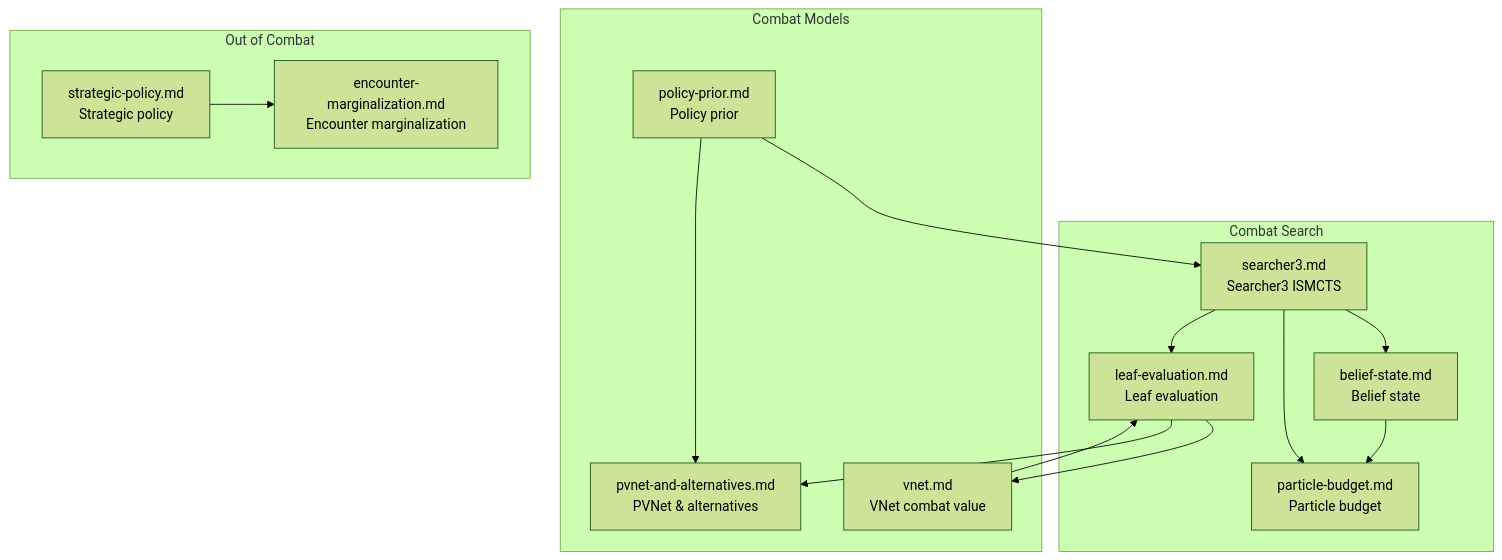
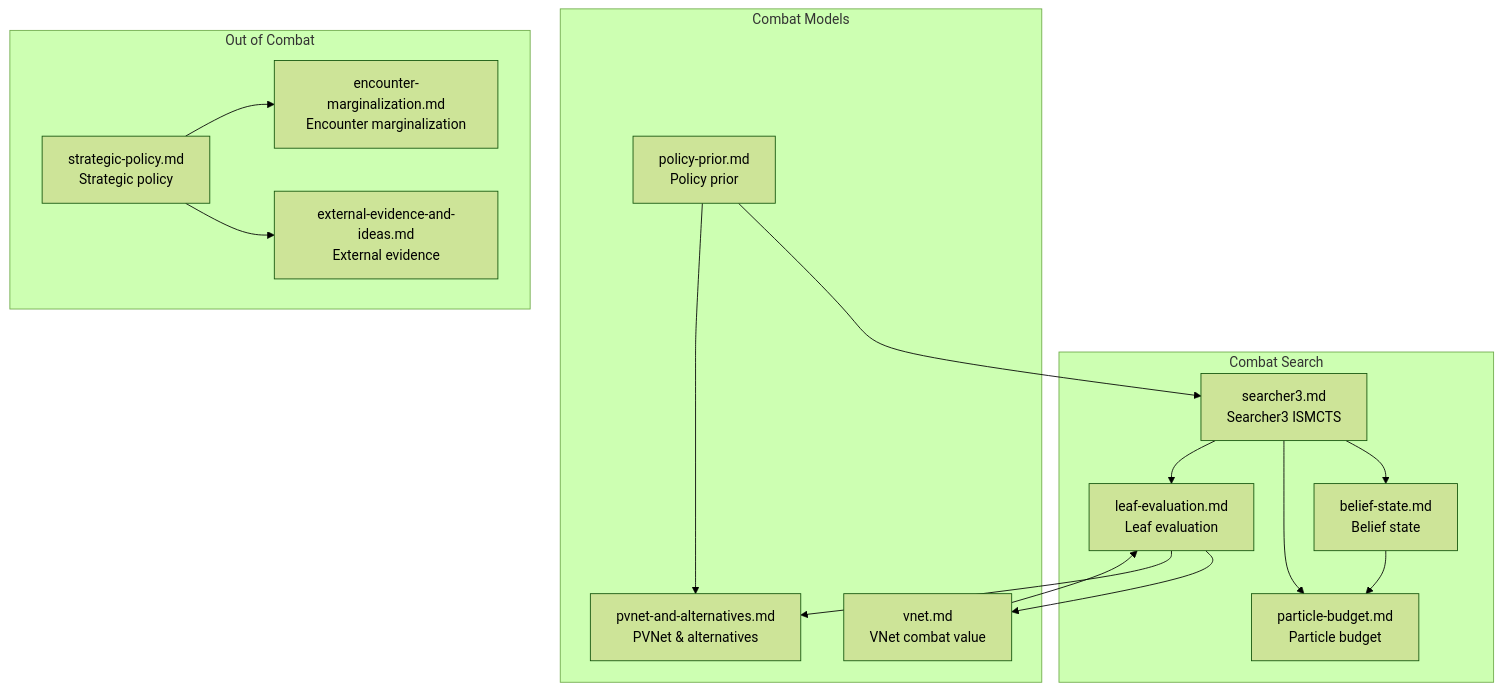
One commit to pherrman1/sts_ai changed the diagram in docs/knowledge-base/research/README.md. Above: the diagram before and after it, drawn with Mermaid (forest theme). The commit also changed other lines of this file and 2 other files, not shown here.

Commit message:
docs(kb): external evidence and ranked ideas for the A20 OOC plateau
Adds a research page with the 2026-10-26 web research: benchmark position
(heart1 18.6%, P300 known-RNG ~50%, experts 46-65%), per-act gap vs expert
play, why Q-led selection and outcome labels stall, and ten ranked,
falsifiable candidates with evidence status. Linked from the research index
and the strategic-policy page.

Knowledge impact: new maintained research page; no code or default change.

Claude-Session: https://claude.ai/code/session_016CbXFqL83SPTgN4idVJ3QA

````diff
--- a/docs/knowledge-base/research/README.md
+++ b/docs/knowledge-base/research/README.md
@@ -30,31 +30,33 @@
 ```mermaid
 graph TD
     subgraph "Combat Search"
         S3["searcher3.md<br/>Searcher3 ISMCTS"]
         BS["belief-state.md<br/>Belief state"]
         PB["particle-budget.md<br/>Particle budget"]
         LE["leaf-evaluation.md<br/>Leaf evaluation"]
     end
 
     subgraph "Combat Models"
         VN["vnet.md<br/>VNet combat value"]
         PP["policy-prior.md<br/>Policy prior"]
         PV["pvnet-and-alternatives.md<br/>PVNet & alternatives"]
     end
 
     subgraph "Out of Combat"
         SP["strategic-policy.md<br/>Strategic policy"]
         EM["encounter-marginalization.md<br/>Encounter marginalization"]
+        EX["external-evidence-and-ideas.md<br/>External evidence"]
     end
 
     S3 --> BS
     S3 --> PB
     S3 --> LE
     BS --> PB
     LE --> VN
     LE --> PV
     PP --> S3
     PP --> PV
     SP --> EM
+    SP --> EX
     VN --> LE
 ```
````
